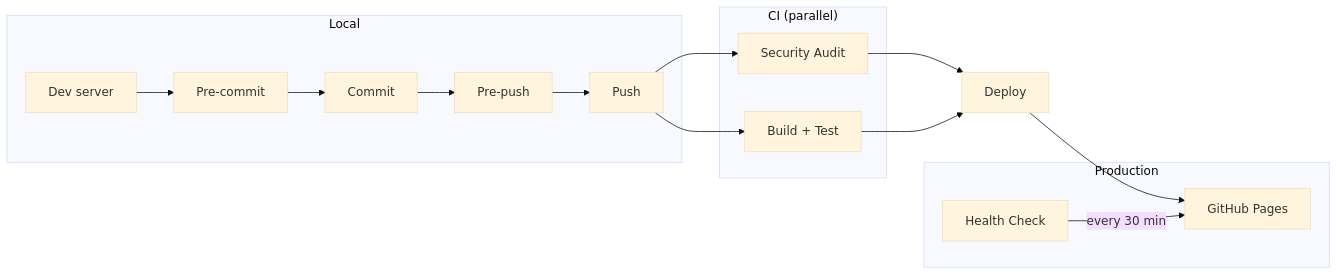
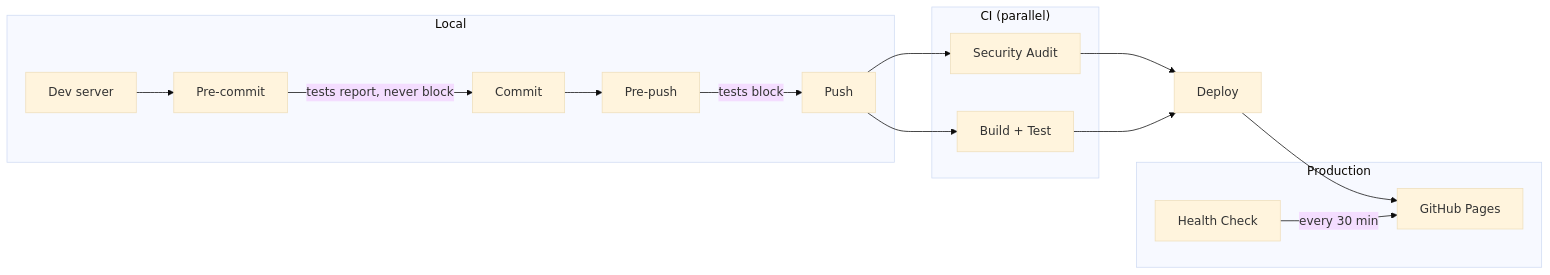
One commit to buedaswag/landing-page changed the diagram in README.md. Above: the diagram before and after it, drawn with Mermaid (base theme). The commit also changed other lines of this file and 2 other files, not shown here.

Commit message:
Move the test gate from pre-commit to pre-push

````diff
--- a/README.md
+++ b/README.md
@@ -71,28 +88,28 @@
 ```mermaid
 graph LR
     subgraph local ["Local"]
         Dev["Dev server"] --> PreCommit["Pre-commit"]
-        PreCommit --> Commit
+        PreCommit -->|"tests report, never block"| Commit
         Commit --> PrePush["Pre-push"]
-        PrePush --> Push
+        PrePush -->|"tests block"| Push
     end
 
     subgraph ci ["CI (parallel)"]
         Security["Security Audit"]
         Test["Build + Test"]
     end
 
     Deploy
 
     subgraph prod ["Production"]
         CDN["GitHub Pages"]
         Health["Health Check"]
     end
 
     Push --> Security
     Push --> Test
     Security --> Deploy
     Test --> Deploy
     Deploy --> CDN
     Health -->|"every 30 min"| CDN
 ```
````
